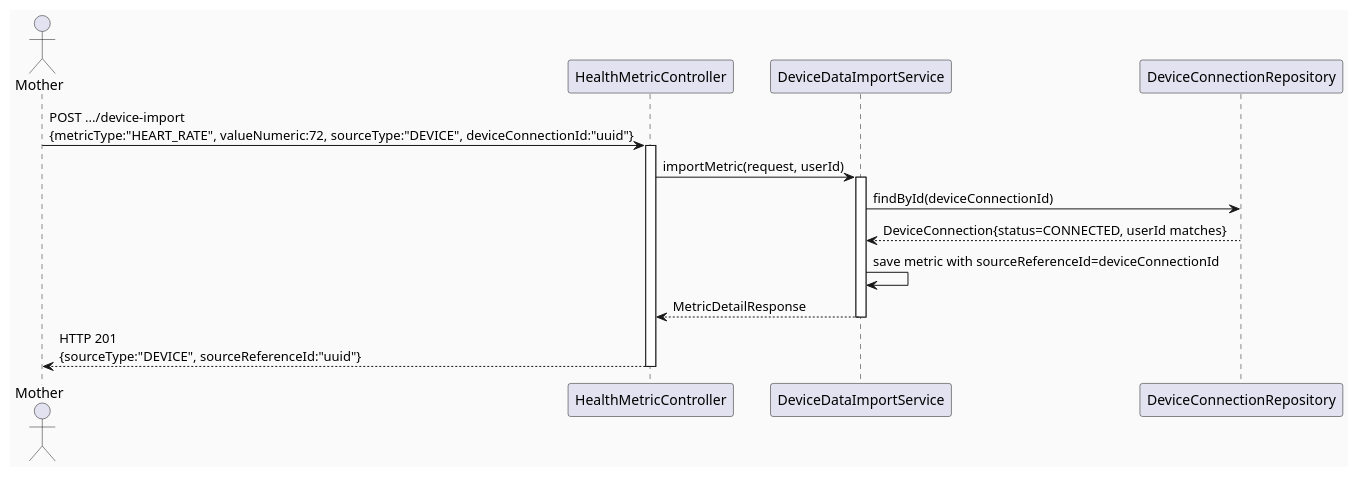
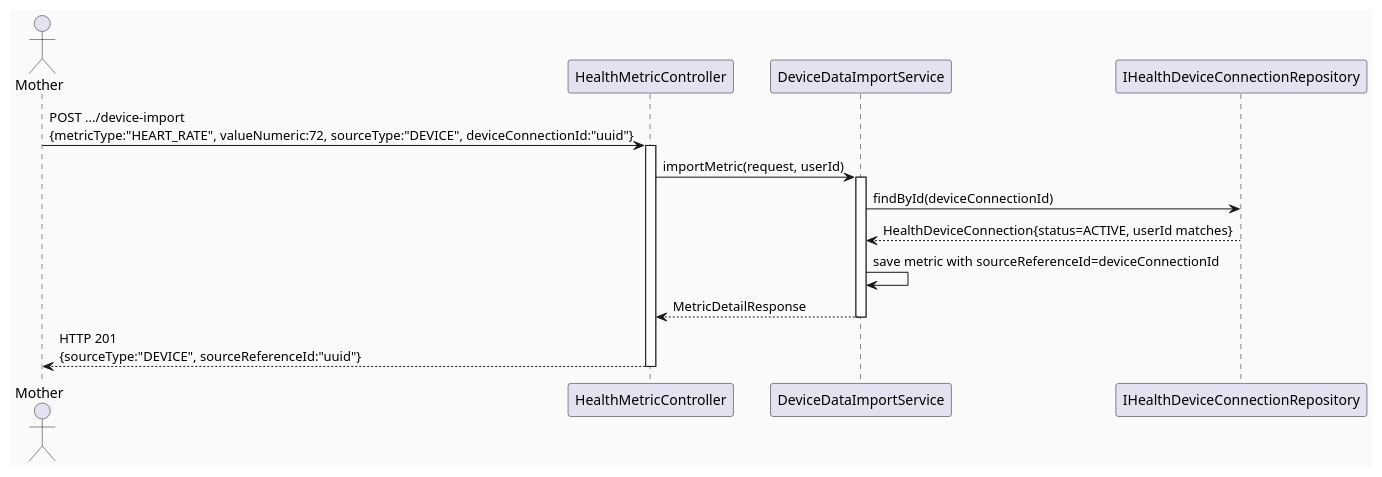
The third of 4 diagrams in 04_Implement/UC67_ImportDeviceDataManually/UC67_ImportDeviceDataManually_TDS.md (ChuongBDHE172784/CareBridge_SEP490_G79), drawn with PlantUML before and after one commit. The commit also changed other lines of this file and 95 other files, not shown here.

````diff
--- a/04_Implement/UC67_ImportDeviceDataManually/UC67_ImportDeviceDataManually_TDS.md
+++ b/04_Implement/UC67_ImportDeviceDataManually/UC67_ImportDeviceDataManually_TDS.md
@@ -346,21 +350,21 @@
 ```plantuml
 @startuml UC67_SequenceDiagram_AltPath_DeviceSourced
 skinparam backgroundColor #FAFAFA
 actor "Mother" as Client
 participant "HealthMetricController" as Controller
 participant "DeviceDataImportService" as Service
-participant "DeviceConnectionRepository" as DeviceRepo
+participant "IHealthDeviceConnectionRepository" as DeviceRepo
 
 Client -> Controller : POST .../device-import\n{metricType:"HEART_RATE", valueNumeric:72, sourceType:"DEVICE", deviceConnectionId:"uuid"}
 activate Controller
 Controller -> Service : importMetric(request, userId)
 activate Service
 Service -> DeviceRepo : findById(deviceConnectionId)
-DeviceRepo --> Service : DeviceConnection{status=CONNECTED, userId matches}
+DeviceRepo --> Service : HealthDeviceConnection{status=ACTIVE, userId matches}
 Service -> Service : save metric with sourceReferenceId=deviceConnectionId
 Service --> Controller : MetricDetailResponse
 deactivate Service
 Controller --> Client : HTTP 201\n{sourceType:"DEVICE", sourceReferenceId:"uuid"}
 deactivate Controller
 @enduml
 ```
````
